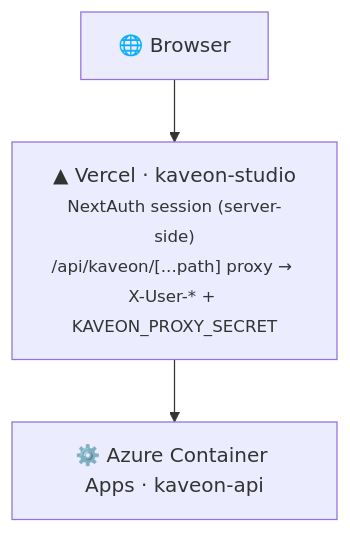
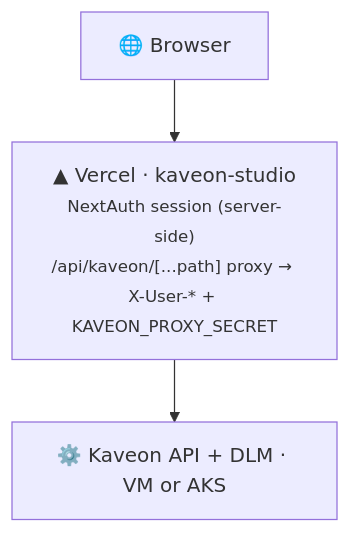
Before and after one commit to PruthviProdduturi/Kaveon: the diagram in docs/guides/vercel-deployment.md, drawn with Mermaid. The commit also changed other lines of this file and 3 other files, not shown here.

````diff
--- a/docs/guides/vercel-deployment.md
+++ b/docs/guides/vercel-deployment.md
@@ -80,7 +80,7 @@
 ```mermaid
 flowchart TD
     B["🌐 Browser"]
     V["▲ Vercel · kaveon-studio<br/><small>NextAuth session (server-side)<br/>/api/kaveon/[...path] proxy → X-User-* + KAVEON_PROXY_SECRET</small>"]
-    A["⚙️ Azure Container Apps · kaveon-api"]
+    A["⚙️ Kaveon API + DLM · VM or AKS"]
     B --> V --> A
 ```
````
